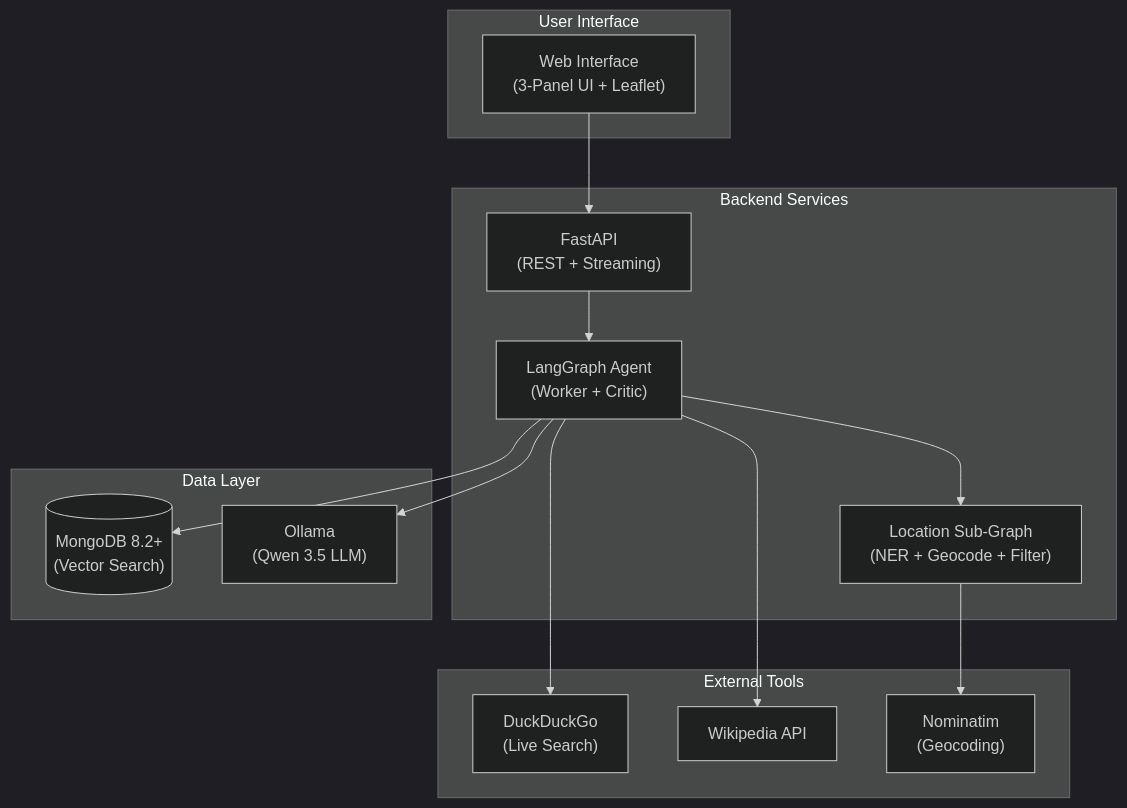
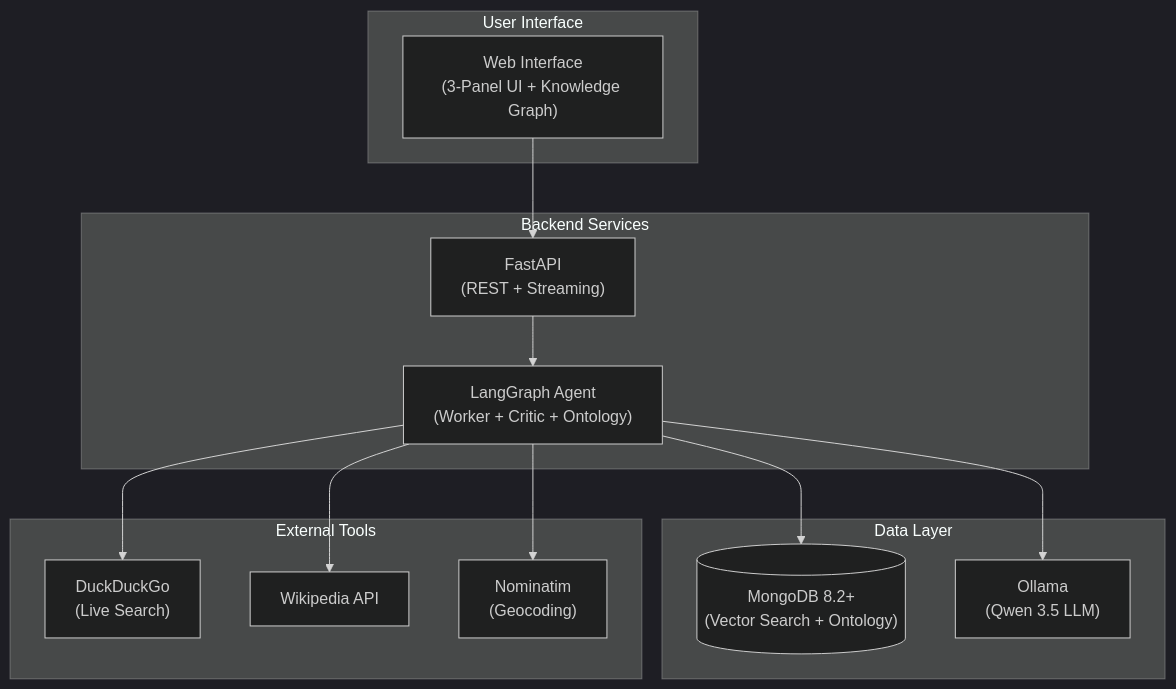
One commit to fbaierl/geo-vision-lab changed the diagram in README.md. Above: the diagram before and after it, drawn with Mermaid. The commit also changed other lines of this file and 7 other files, not shown here.

````diff
--- a/README.md
+++ b/README.md
@@ -174,33 +148,31 @@
 ```mermaid
 %%{init: {'theme': 'dark'}}%%
 graph TB
     subgraph User["User Interface"]
-        UI["Web Interface<br/>(3-Panel UI + Leaflet)"]
+        UI["Web Interface<br/>(3-Panel UI + Knowledge Graph)"]
     end
 
     subgraph Backend["Backend Services"]
         API["FastAPI<br/>(REST + Streaming)"]
-        AGENT["LangGraph Agent<br/>(Worker + Critic)"]
-        LOC["Location Sub-Graph<br/>(NER + Geocode + Filter)"]
+        AGENT["LangGraph Agent<br/>(Worker + Critic + Ontology)"]
     end
 
     subgraph Data["Data Layer"]
-        MDB[("MongoDB 8.2+<br/>(Vector Search)")]
+        MDB[("MongoDB 8.2+<br/>(Vector Search + Ontology)")]
         OL["Ollama<br/>(Qwen 3.5 LLM)"]
     end
 
     subgraph Tools["External Tools"]
         WEB["DuckDuckGo<br/>(Live Search)"]
         WIKI["Wikipedia API"]
         NOM["Nominatim<br/>(Geocoding)"]
     end
 
     UI --> API
     API --> AGENT
     AGENT --> MDB
     AGENT --> OL
     AGENT --> WEB
     AGENT --> WIKI
-    AGENT --> LOC
-    LOC --> NOM
+    AGENT --> NOM
 ```
````
